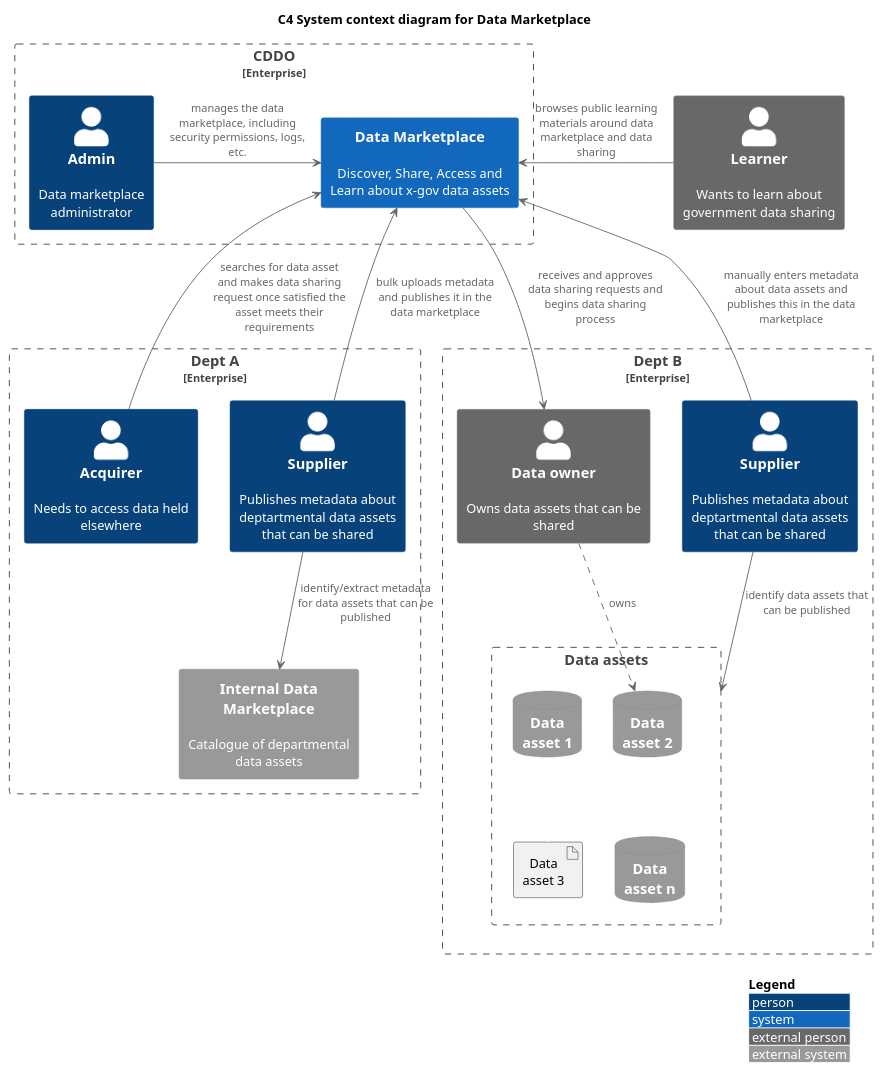
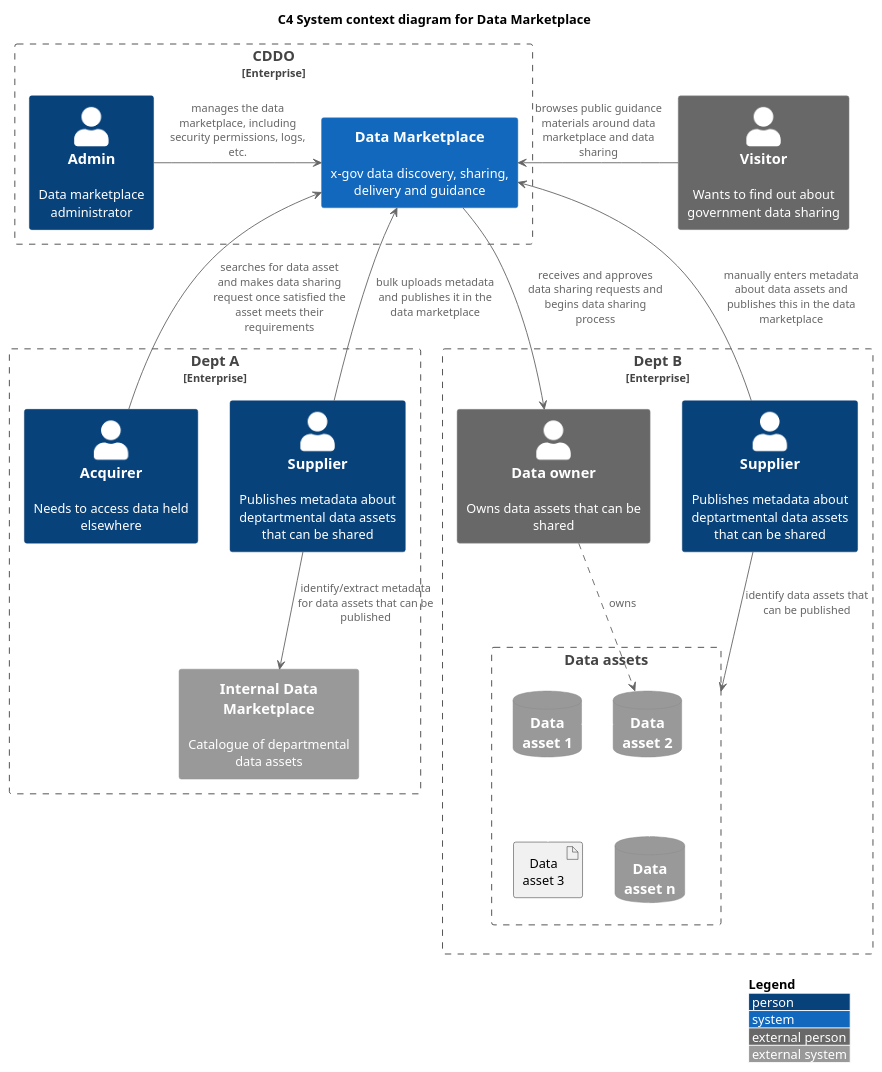
One commit to co-cddo/data-architecture changed the diagram in data-marketplace/dm-c4-context.puml. Above: the diagram before and after it, drawn with PlantUML. The commit also changed 2 other files, not shown here.

Commit message:
Update file(s) "/." from "co-cddo/data-architecture-r"

```diff
--- a/data-marketplace/dm-c4-context.puml
+++ b/data-marketplace/dm-c4-context.puml
@@ -1,52 +1,52 @@
 @startuml dm-c4-context 
 !include <C4/C4_Context>
 
 LAYOUT_TOP_DOWN()
 'LAYOUT_AS_SKETCH()
 LAYOUT_WITH_LEGEND()
 
 title C4 System context diagram for Data Marketplace
 
 Enterprise_Boundary(cddo, "CDDO") {
   Person(admin, "Admin", "Data marketplace administrator")
-  System(dm, "Data Marketplace", "Discover, Share, Access and Learn about x-gov data assets")
+  System(dm, "Data Marketplace", "x-gov data discovery, sharing, delivery and guidance")
   admin -> dm : manages the data marketplace, including security permissions, logs, etc.
 }
 
 Enterprise_Boundary(depA, "Dept A"){
   Person(acquirerA, "Acquirer", "Needs to access data held elsewhere")
   Person(supplierA, "Supplier", "Publishes metadata about deptartmental data assets that can be shared")
   System_Ext(dmA, "Internal Data Marketplace", "Catalogue of departmental data assets")
 }
 
 Enterprise_Boundary(depB, "Dept B"){
   Person_Ext(ownerB, "Data owner", "Owns data assets that can be shared")
   Person(supplierB, "Supplier", "Publishes metadata about deptartmental data assets that can be shared")
   System_Ext(dmA, "Internal Data Marketplace", "Catalogue of departmental data assets")
   Boundary(dataassetsB, "Data assets") {
     SystemDb_Ext(dbB1,"Data\nasset 1")
     SystemDb_Ext(dbB2,"Data\nasset 2")
     Artifact "Data\nasset 3" as dbB3
     SystemDb_Ext(dbBn,"Data\nasset n")
 
     dbB1 -[#hidden] dbB2
     dbB1 -[#hidden]- dbB3
     dbB2 -[#hidden]- dbBn
   }
   ownerB ..> dbB2 : owns
 }
 
-Person_Ext(learner, "Learner", "Wants to learn about government data sharing")
+Person_Ext(visitor, "Visitor", "Wants to find out about government data sharing")
 
 supplierA --> dmA : identify/extract metadata for data assets that can be published
 supplierA -up-> dm : bulk uploads metadata and publishes it in the data marketplace
 
 supplierB --> dataassetsB : identify data assets that can be published
 supplierB -up-> dm : manually enters metadata about data assets and publishes this in the data marketplace
 
 acquirerA -up-> dm : searches for data asset and makes data sharing request once satisfied the asset meets their requirements
 dm --> ownerB : receives and approves data sharing requests and begins data sharing process
 
-dm <- learner : browses public learning materials around data marketplace and data sharing
+dm <- visitor : browses public guidance materials around data marketplace and data sharing
 
 @enduml
```
